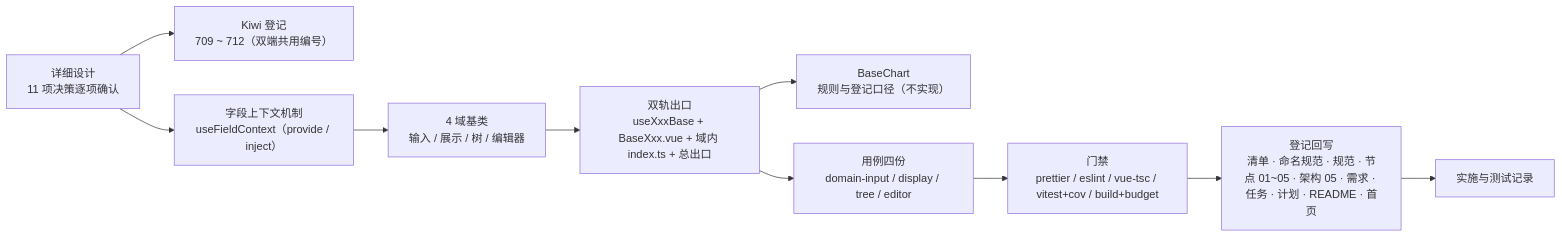
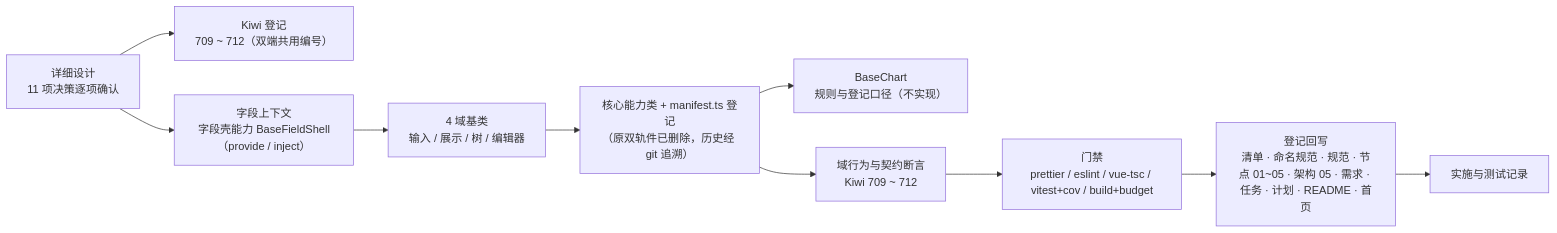
Before and after one commit to minjian123/basic-management-system: the diagram in bms文档/项目/04_前端组件库/任务/02_基础组件类/02_基础组件类_04_域基类/实施/01_实施_04_域基类.md, drawn with Mermaid. The commit also changed other lines of this file and 134 other files, not shown here.

````diff
--- a/bms文档/项目/04_前端组件库/任务/02_基础组件类/02_基础组件类_04_域基类/实施/01_实施_04_域基类.md
+++ b/bms文档/项目/04_前端组件库/任务/02_基础组件类/02_基础组件类_04_域基类/实施/01_实施_04_域基类.md
@@ -23,12 +23,12 @@
 ```mermaid
 flowchart LR
     D["详细设计<br/>11 项决策逐项确认"] --> K["Kiwi 登记<br/>709 ~ 712（双端共用编号）"]
-    D --> C["字段上下文机制<br/>useFieldContext（provide / inject）"]
+    D --> C["字段上下文<br/>字段壳能力 BaseFieldShell（provide / inject）"]
     C --> F["4 域基类<br/>输入 / 展示 / 树 / 编辑器"]
-    F --> E["双轨出口<br/>useXxxBase + BaseXxx.vue + 域内 index.ts + 总出口"]
+    F --> E["核心能力类 + manifest.ts 登记<br/>（原双轨件已删除，历史经 git 追溯）"]
     E --> B["BaseChart<br/>规则与登记口径（不实现）"]
-    E --> T["用例四份<br/>domain-input / display / tree / editor"]
+    E --> T["域行为与契约断言<br/>Kiwi 709 ~ 712"]
     T --> G["门禁<br/>prettier / eslint / vue-tsc / vitest+cov / build+budget"]
     G --> W["登记回写<br/>清单 · 命名规范 · 规范 · 节点 01~05 · 架构 05 · 需求 · 任务 · 计划 · README · 首页"]
     W --> L["实施与测试记录"]
 ```
````
